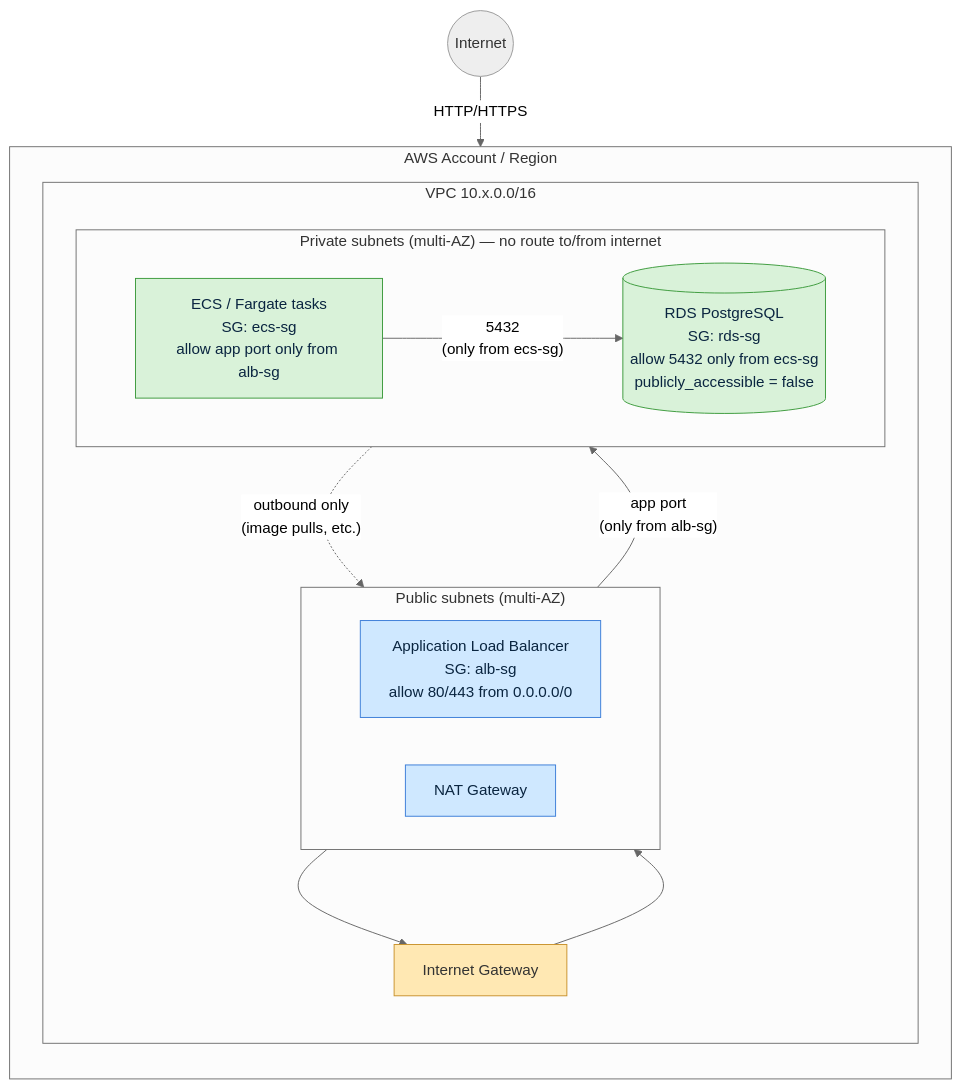
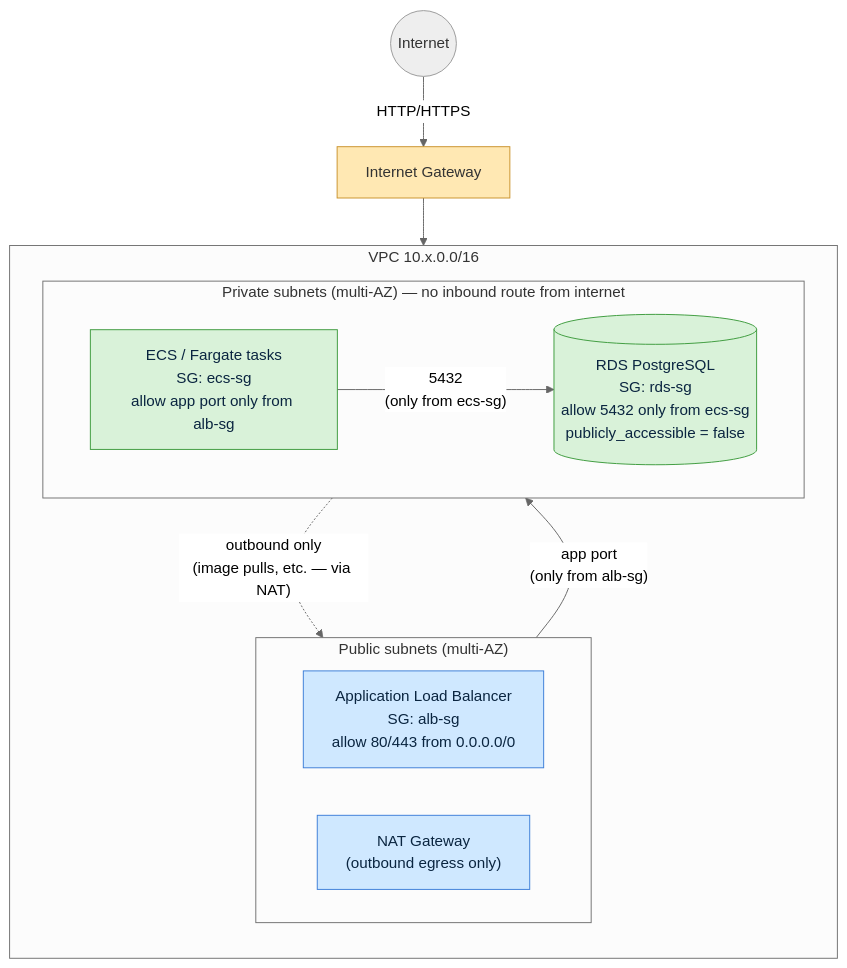
The diagram in README.md (sahil-MK2/devops_assesment), drawn with Mermaid (neutral theme) before and after one commit.

Commit message:
Fix architecture diagram layout by removing NAT->IGW cycle

````diff
--- a/README.md
+++ b/README.md
@@ -12,38 +12,32 @@
 ```mermaid
 flowchart TB
     internet(("Internet")):::ext
+    IGW["Internet Gateway"]:::edge
 
-    subgraph AWS["AWS Account / Region"]
+    subgraph VPC["VPC 10.x.0.0/16"]
         direction TB
 
-        subgraph VPC["VPC 10.x.0.0/16"]
-            direction TB
+        subgraph PublicSubnets["Public subnets (multi-AZ)"]
+            direction LR
+            ALB["Application Load Balancer\nSG: alb-sg\nallow 80/443 from 0.0.0.0/0"]:::public
+            NAT["NAT Gateway\n(outbound egress only)"]:::public
+        end
 
-            IGW["Internet Gateway"]:::edge
-
-            subgraph PublicSubnets["Public subnets (multi-AZ)"]
-                direction LR
-                ALB["Application Load Balancer\nSG: alb-sg\nallow 80/443 from 0.0.0.0/0"]:::public
-                NAT["NAT Gateway"]:::public
-            end
-
-            subgraph PrivateSubnets["Private subnets (multi-AZ) — no route to/from internet"]
-                direction LR
-                ECS["ECS / Fargate tasks\nSG: ecs-sg\nallow app port only from alb-sg"]:::private
-                RDS[("RDS PostgreSQL\nSG: rds-sg\nallow 5432 only from ecs-sg\npublicly_accessible = false")]:::private
-            end
+        subgraph PrivateSubnets["Private subnets (multi-AZ) — no inbound route from internet"]
+            direction LR
+            ECS["ECS / Fargate tasks\nSG: ecs-sg\nallow app port only from alb-sg"]:::private
+            RDS[("RDS PostgreSQL\nSG: rds-sg\nallow 5432 only from ecs-sg\npublicly_accessible = false")]:::private
         end
     end
 
     internet -- "HTTP/HTTPS" --> IGW
     IGW --> ALB
     ALB -- "app port\n(only from alb-sg)" --> ECS
     ECS -- "5432\n(only from ecs-sg)" --> RDS
-    ECS -. "outbound only\n(image pulls, etc.)" .-> NAT
-    NAT --> IGW
+    ECS -. "outbound only\n(image pulls, etc. — via NAT)" .-> NAT
 
     classDef ext fill:#eee,stroke:#999,color:#333;
     classDef edge fill:#ffe8b3,stroke:#c9922c,color:#333;
     classDef public fill:#cfe8ff,stroke:#3b7dd8,color:#0a2540;
     classDef private fill:#d9f2d9,stroke:#3c9a3c,color:#0a2540;
 ```
````
